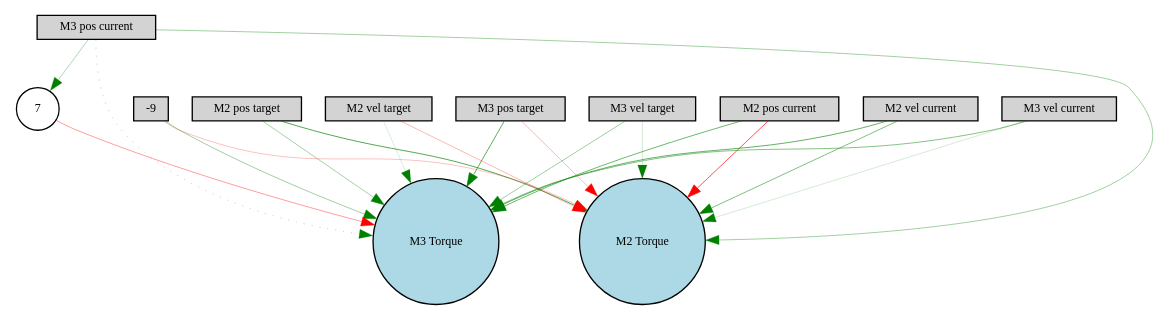
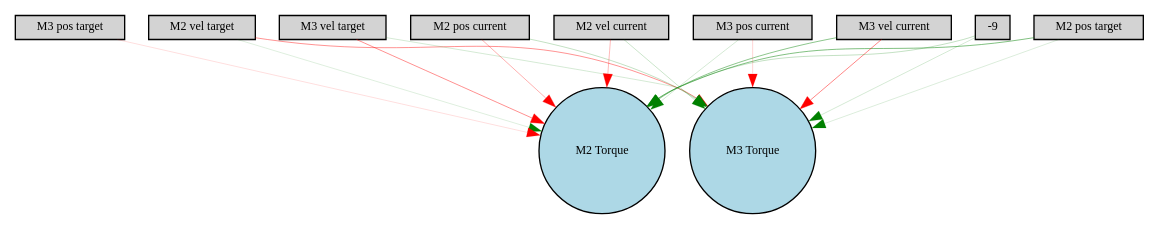
One commit to AdinAck/Robot-Arm changed the diagram in Digraph.gv. Above: the diagram before and after it, drawn with Graphviz. The commit also changed 10 other files, not shown here.

```diff
--- a/Digraph.gv
+++ b/Digraph.gv
@@ -1,35 +1,31 @@
 digraph {
 	node [fontsize=9 height=0.2 shape=circle width=0.2]
 	"M2 pos target" [fillcolor=lightgray shape=box style=filled]
 	"M2 vel target" [fillcolor=lightgray shape=box style=filled]
 	"M3 pos target" [fillcolor=lightgray shape=box style=filled]
 	"M3 vel target" [fillcolor=lightgray shape=box style=filled]
 	"M2 pos current" [fillcolor=lightgray shape=box style=filled]
 	"M2 vel current" [fillcolor=lightgray shape=box style=filled]
 	"M3 pos current" [fillcolor=lightgray shape=box style=filled]
 	"M3 vel current" [fillcolor=lightgray shape=box style=filled]
 	-9 [fillcolor=lightgray shape=box style=filled]
 	"M2 Torque" [fillcolor=lightblue style=filled]
 	"M3 Torque" [fillcolor=lightblue style=filled]
-	7 [fillcolor=white style=filled]
-	"M2 pos target" -> "M2 Torque" [color=green penwidth=0.5068297208465673 style=solid]
-	"M2 pos target" -> "M3 Torque" [color=green penwidth=0.27395974117874144 style=solid]
-	"M2 vel target" -> "M2 Torque" [color=red penwidth=0.21541280041764024 style=solid]
-	"M2 vel target" -> "M3 Torque" [color=green penwidth=0.11913253154398437 style=solid]
-	"M3 pos target" -> "M2 Torque" [color=red penwidth=0.22465510675054107 style=solid]
-	"M3 pos target" -> "M3 Torque" [color=green penwidth=0.4752102690411386 style=solid]
-	"M3 vel target" -> "M2 Torque" [color=green penwidth=0.13845182166980466 style=solid]
-	"M3 vel target" -> "M3 Torque" [color=green penwidth=0.293006859800063 style=solid]
-	"M2 pos current" -> "M2 Torque" [color=red penwidth=0.510926749267019 style=solid]
-	"M2 pos current" -> "M3 Torque" [color=green penwidth=0.42728419968301545 style=solid]
-	"M2 vel current" -> "M2 Torque" [color=green penwidth=0.3809317479951406 style=solid]
-	"M2 vel current" -> "M3 Torque" [color=green penwidth=0.459521623401028 style=solid]
-	"M3 pos current" -> "M2 Torque" [color=green penwidth=0.283946972129628 style=solid]
-	"M3 pos current" -> "M3 Torque" [color=green penwidth=0.1933786596950886 style=dotted]
-	"M3 vel current" -> "M2 Torque" [color=green penwidth=0.1259170418628265 style=solid]
-	"M3 vel current" -> "M3 Torque" [color=green penwidth=0.35963696339423024 style=solid]
-	-9 -> "M2 Torque" [color=red penwidth=0.1852453973324653 style=solid]
-	-9 -> "M3 Torque" [color=green penwidth=0.2772220477557669 style=solid]
-	"M3 pos current" -> 7 [color=green penwidth=0.24158535627884295 style=solid]
-	7 -> "M3 Torque" [color=red penwidth=0.2872050119639308 style=solid]
+	"M2 pos target" -> "M2 Torque" [color=green penwidth=0.367567295413199 style=solid]
+	"M2 pos target" -> "M3 Torque" [color=green penwidth=0.10602639635372829 style=solid]
+	"M2 vel target" -> "M2 Torque" [color=green penwidth=0.1023918962037617 style=solid]
+	"M2 vel target" -> "M3 Torque" [color=red penwidth=0.32019143795417665 style=solid]
+	"M3 pos target" -> "M2 Torque" [color=red penwidth=0.10207265853608878 style=solid]
+	"M3 vel target" -> "M2 Torque" [color=red penwidth=0.3323881768887243 style=solid]
+	"M3 vel target" -> "M3 Torque" [color=green penwidth=0.1279838581683371 style=solid]
+	"M2 pos current" -> "M2 Torque" [color=red penwidth=0.23846653472993876 style=solid]
+	"M2 pos current" -> "M3 Torque" [color=green penwidth=0.17520392604935492 style=solid]
+	"M2 vel current" -> "M2 Torque" [color=red penwidth=0.20739068992574486 style=solid]
+	"M2 vel current" -> "M3 Torque" [color=green penwidth=0.16281212146921856 style=solid]
+	"M3 pos current" -> "M2 Torque" [color=green penwidth=0.12685119937077988 style=solid]
+	"M3 pos current" -> "M3 Torque" [color=red penwidth=0.13200487811605927 style=solid]
+	"M3 vel current" -> "M2 Torque" [color=green penwidth=0.344453779294688 style=solid]
+	"M3 vel current" -> "M3 Torque" [color=red penwidth=0.36383620453750687 style=solid]
+	-9 -> "M2 Torque" [color=green penwidth=0.1791383292799266 style=solid]
+	-9 -> "M3 Torque" [color=green penwidth=0.12690562178197978 style=solid]
 }
```
